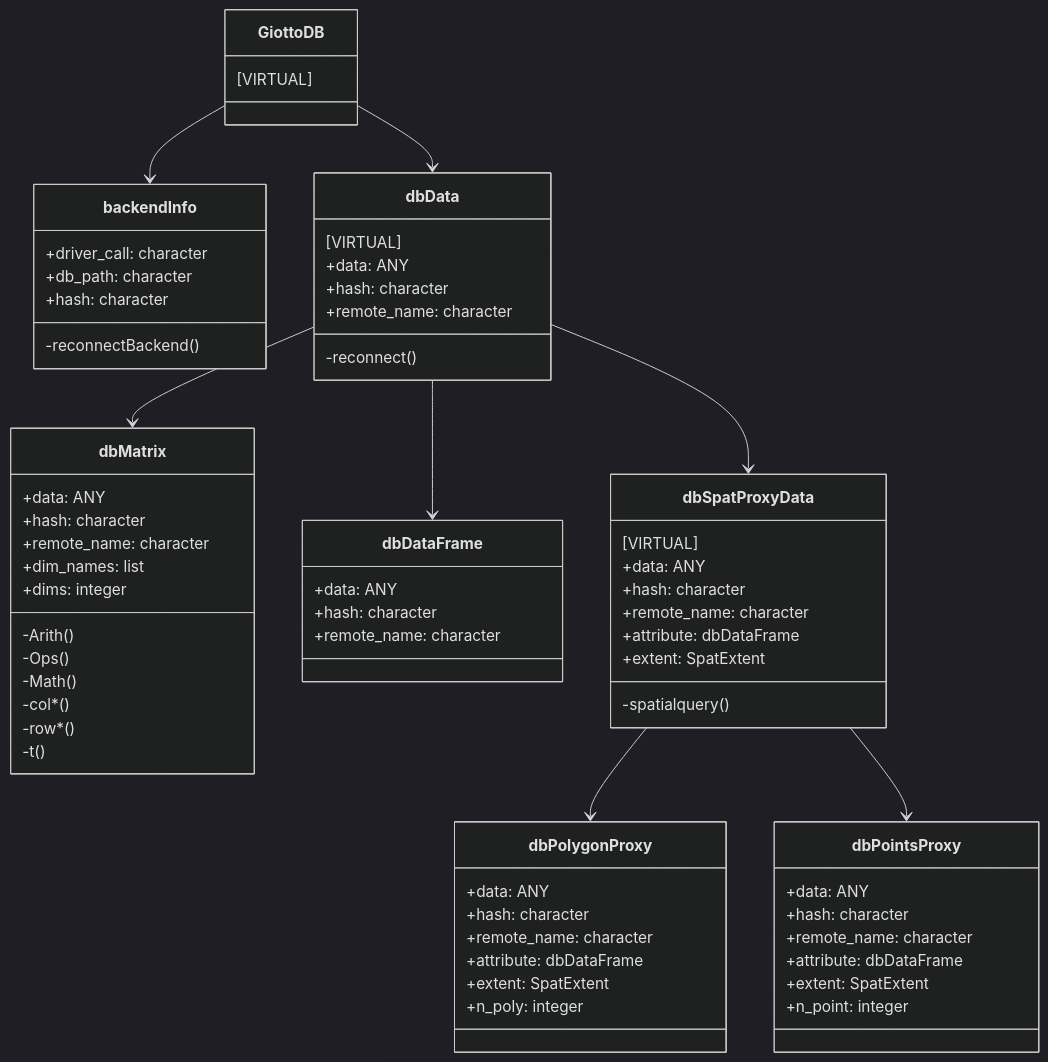
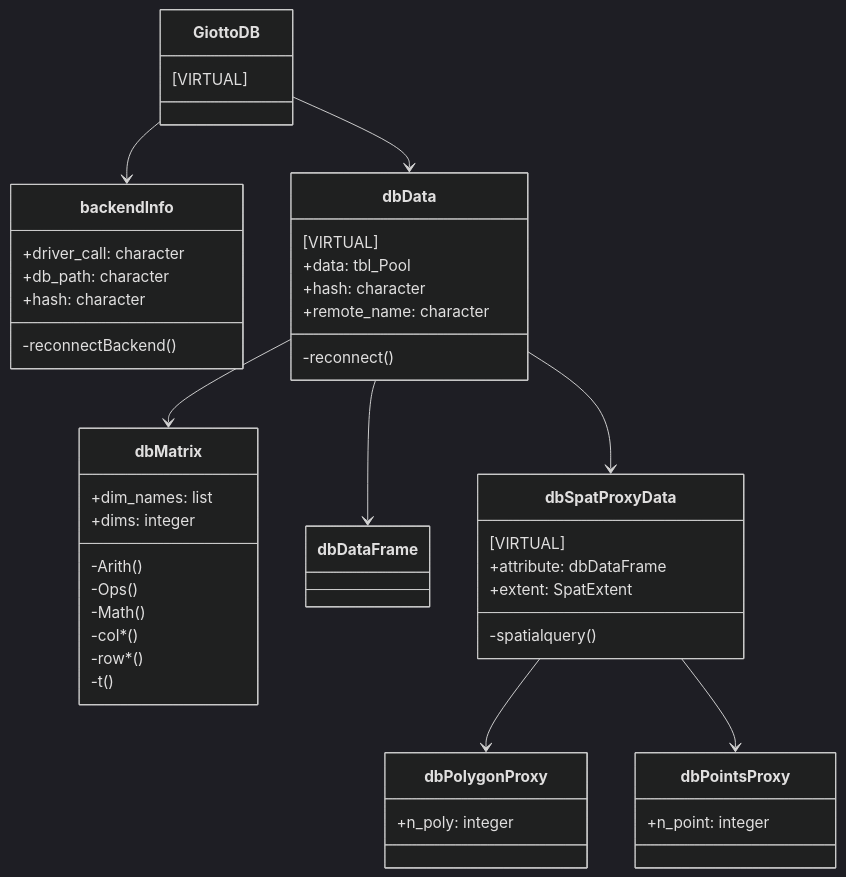
One commit to dbverse-org/dbmatrix-r changed the diagram in doc/class_diagram.md. Above: the diagram before and after it, drawn with Mermaid (dark theme).

Commit message:
Update class_diagram.md
Remove redundant slots info and add some functions

````diff
--- a/doc/class_diagram.md
+++ b/doc/class_diagram.md
@@ -6,68 +6,48 @@
 ``` mermaid
 classDiagram
 class GiottoDB {[VIRTUAL]}
 class backendInfo {
   +driver_call: character
   +db_path: character
   +hash: character
   -reconnectBackend()
 }
 class dbData {
   [VIRTUAL]
-  +data: ANY
+  +data: tbl_Pool
   +hash: character
   +remote_name: character
   -reconnect()
 }
 class dbMatrix {
-  +data: ANY
-  +hash: character
-  +remote_name: character
   +dim_names: list
   +dims: integer
   -Arith()
   -Ops()
   -Math()
   -col*()
   -row*()
   -t()
 }
-class dbDataFrame {
-  +data: ANY
-  +hash: character
-  +remote_name: character
-}
+class dbDataFrame 
 class dbSpatProxyData {
   [VIRTUAL]
-  +data: ANY
-  +hash: character
-  +remote_name: character
   +attribute: dbDataFrame
   +extent: SpatExtent
   -spatialquery()
 }
 class dbPolygonProxy {
-  +data: ANY
-  +hash: character
-  +remote_name: character
-  +attribute: dbDataFrame
-  +extent: SpatExtent
   +n_poly: integer
 }
 class dbPointsProxy {
-  +data: ANY
-  +hash: character
-  +remote_name: character
-  +attribute: dbDataFrame
-  +extent: SpatExtent
   +n_point: integer
 }
 
 GiottoDB --> dbData
 GiottoDB --> backendInfo
 dbData --> dbDataFrame
 dbData --> dbMatrix
 dbData --> dbSpatProxyData
 dbSpatProxyData --> dbPolygonProxy
 dbSpatProxyData --> dbPointsProxy
 ```
````
